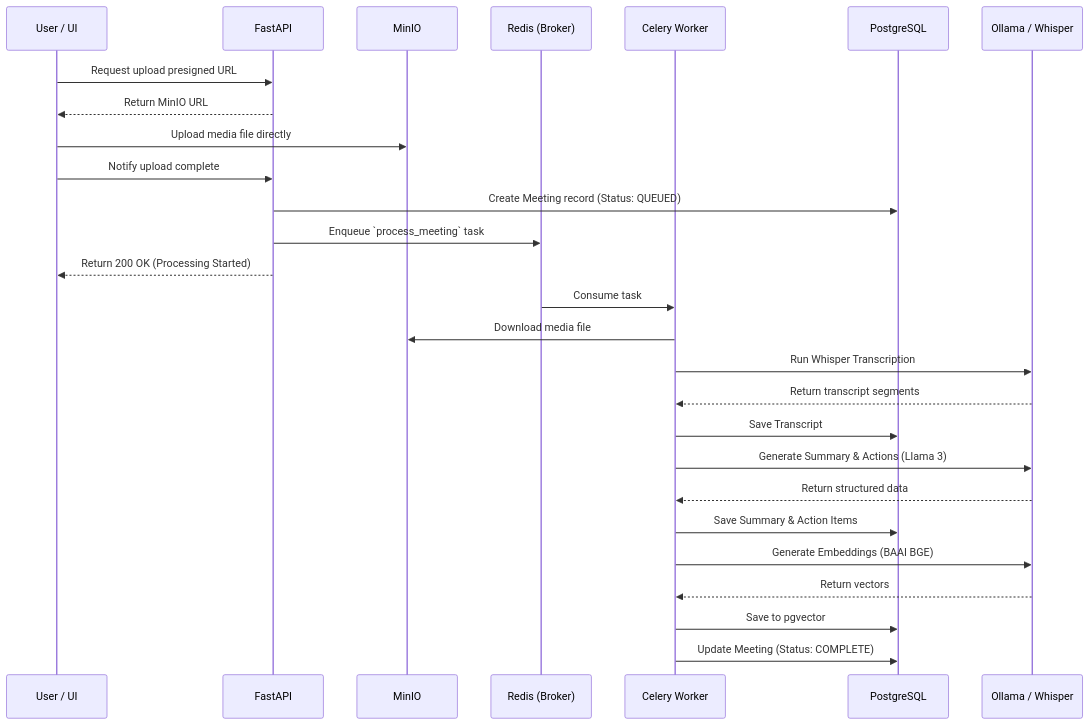
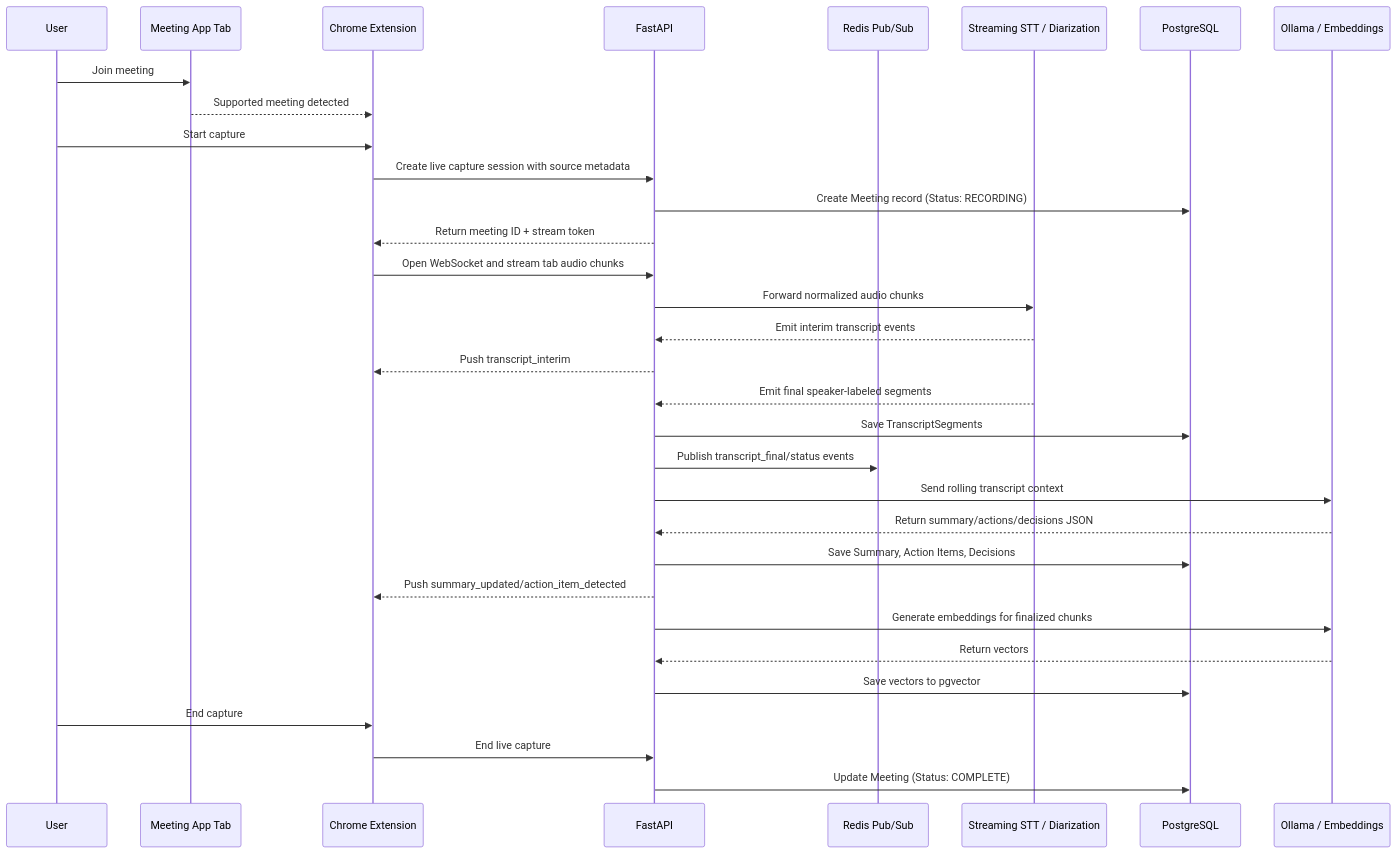
The third of 3 diagrams in 00-project/architecture-overview.md (rudrabhavsar7/MeetingMind), drawn with Mermaid before and after one commit. The commit also changed other lines of this file and 82 other files, not shown here.

Commit message:
docs: align MeetingMind extension-first planning

````diff
--- a/00-project/architecture-overview.md
+++ b/00-project/architecture-overview.md
@@ -95,34 +101,38 @@
 ```mermaid
 sequenceDiagram
-    participant U as User / UI
+    participant U as User
+    participant M as Meeting App Tab
+    participant E as Chrome Extension
     participant A as FastAPI
-    participant M as MinIO
-    participant R as Redis (Broker)
-    participant W as Celery Worker
+    participant R as Redis Pub/Sub
+    participant S as Streaming STT / Diarization
     participant DB as PostgreSQL
-    participant O as Ollama / Whisper
+    participant O as Ollama / Embeddings
 
-    U->>A: Request upload presigned URL
-    A-->>U: Return MinIO URL
-    U->>M: Upload media file directly
-    U->>A: Notify upload complete
-    A->>DB: Create Meeting record (Status: QUEUED)
-    A->>R: Enqueue `process_meeting` task
-    A-->>U: Return 200 OK (Processing Started)
+    U->>M: Join meeting
+    M-->>E: Supported meeting detected
+    U->>E: Start capture
+    E->>A: Create live capture session with source metadata
+    A->>DB: Create Meeting record (Status: RECORDING)
+    A-->>E: Return meeting ID + stream token
+    E->>A: Open WebSocket and stream tab audio chunks
+    A->>S: Forward normalized audio chunks
+    S-->>A: Emit interim transcript events
+    A-->>E: Push transcript_interim
+    S-->>A: Emit final speaker-labeled segments
+    A->>DB: Save TranscriptSegments
+    A->>R: Publish transcript_final/status events
     
-    R->>W: Consume task
-    W->>M: Download media file
-    W->>O: Run Whisper Transcription
-    O-->>W: Return transcript segments
-    W->>DB: Save Transcript
+    A->>O: Send rolling transcript context
+    O-->>A: Return summary/actions/decisions JSON
+    A->>DB: Save Summary, Action Items, Decisions
+    A-->>E: Push summary_updated/action_item_detected
     
-    W->>O: Generate Summary & Actions (Llama 3)
-    O-->>W: Return structured data
-    W->>DB: Save Summary & Action Items
+    A->>O: Generate embeddings for finalized chunks
+    O-->>A: Return vectors
+    A->>DB: Save vectors to pgvector
     
-    W->>O: Generate Embeddings (BAAI BGE)
-    O-->>W: Return vectors
-    W->>DB: Save to pgvector
-    
-    W->>DB: Update Meeting (Status: COMPLETE)
+    U->>E: End capture
+    E->>A: End live capture
+    A->>DB: Update Meeting (Status: COMPLETE)
 ```
````
